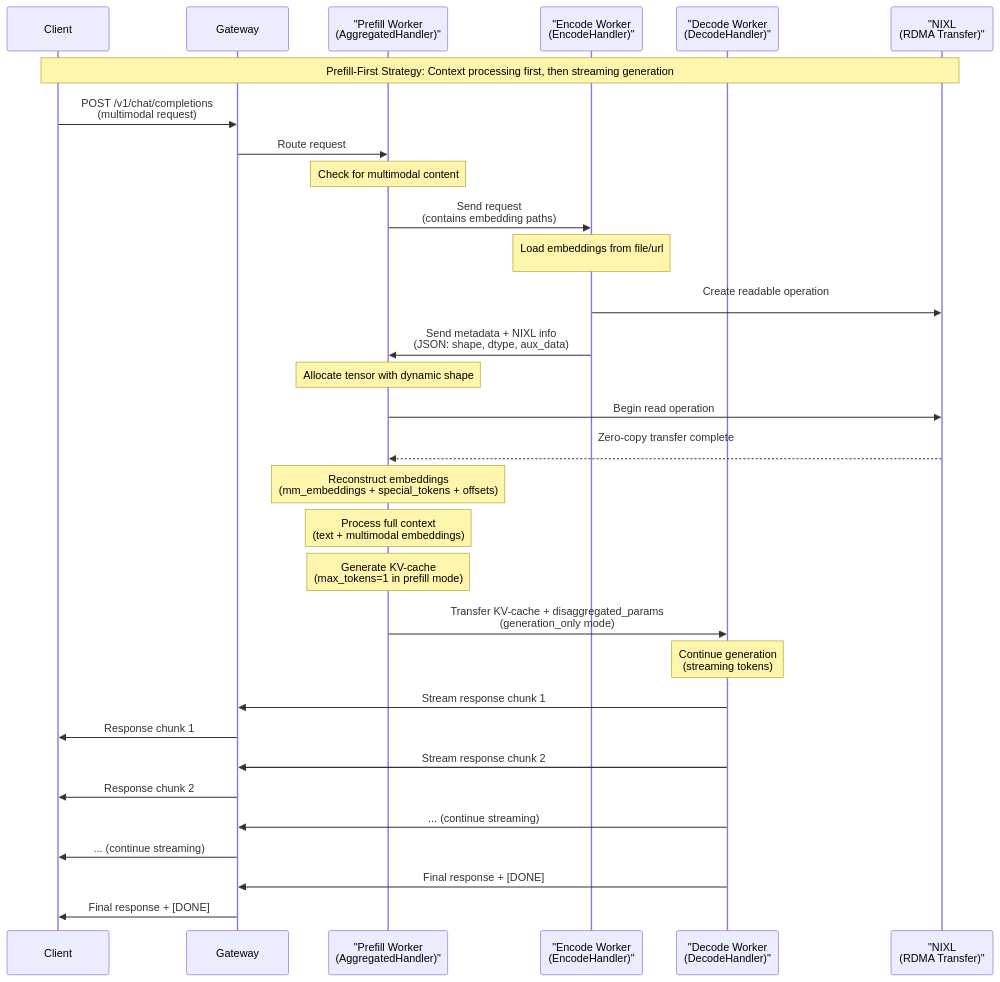
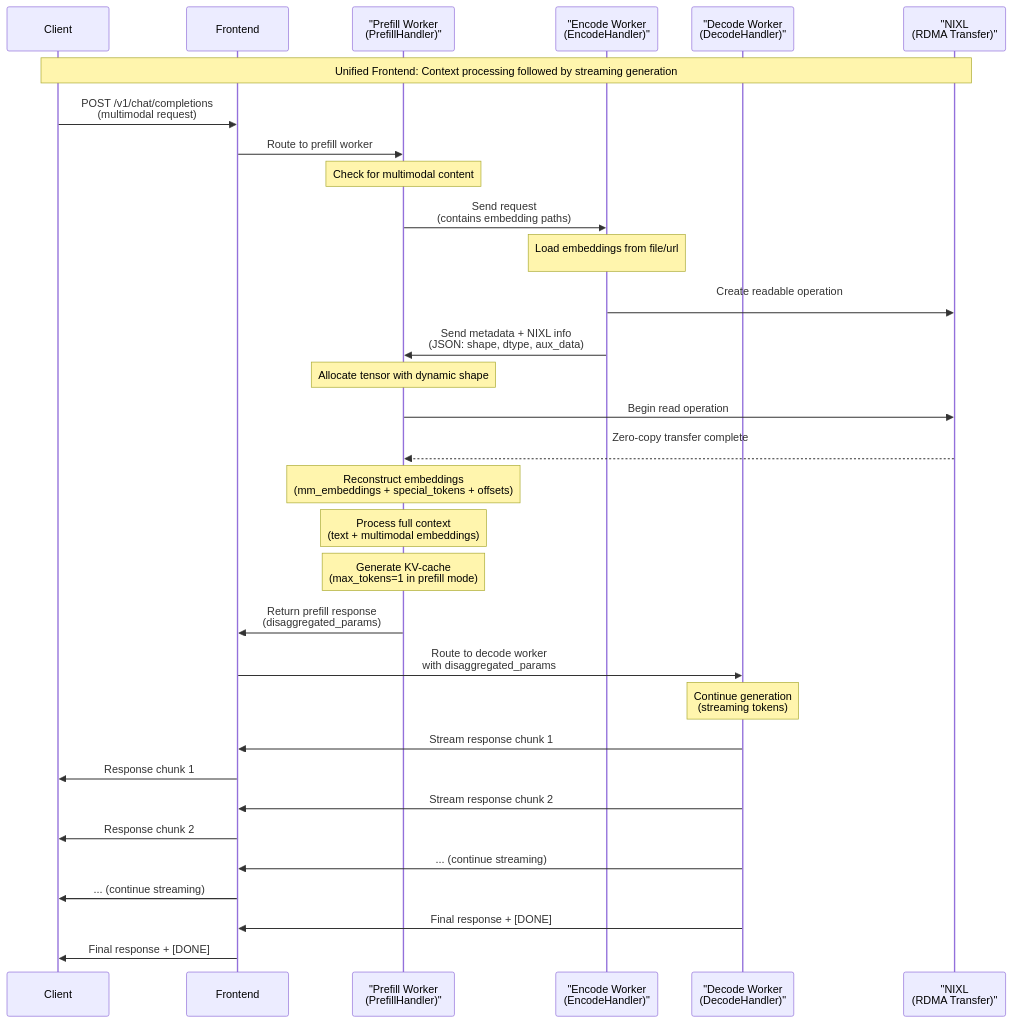
Before and after one commit to wxsms/dynamo: the diagram in docs/backends/trtllm/multimodal_epd.md, drawn with Mermaid. The commit also changed other lines of this file and 27 other files, not shown here.

Commit message:
chore: trtllm use unified frontend (#4097)

````diff
--- a/docs/backends/trtllm/multimodal_epd.md
+++ b/docs/backends/trtllm/multimodal_epd.md
@@ -64,41 +62,43 @@
 ```mermaid
 sequenceDiagram
     participant Client
-    participant Gateway
-    participant PrefillWorker as "Prefill Worker<br/>(AggregatedHandler)"
+    participant Frontend
+    participant PrefillWorker as "Prefill Worker<br/>(PrefillHandler)"
     participant EncodeWorker as "Encode Worker<br/>(EncodeHandler)"
     participant DecodeWorker as "Decode Worker<br/>(DecodeHandler)"
     participant NIXL as "NIXL<br/>(RDMA Transfer)"
 
-    Note over Client,NIXL: Prefill-First Strategy: Context processing first, then streaming generation
+    Note over Client,NIXL: Unified Frontend: Context processing followed by streaming generation
 
-    Client->>Gateway: POST /v1/chat/completions<br/>(multimodal request)
-    Gateway->>PrefillWorker: Route request
+    Client->>Frontend: POST /v1/chat/completions<br/>(multimodal request)
+    Frontend->>PrefillWorker: Route to prefill worker
 
     Note over PrefillWorker: Check for multimodal content
     PrefillWorker->>EncodeWorker: Send request<br/>(contains embedding paths)
 
     Note over EncodeWorker: Load embeddings from file/url<br/>
     EncodeWorker->>NIXL: Create readable operation<br/>
     EncodeWorker->>PrefillWorker: Send metadata + NIXL info<br/>(JSON: shape, dtype, aux_data)
 
     Note over PrefillWorker: Allocate tensor with dynamic shape
     PrefillWorker->>NIXL: Begin read operation
     NIXL-->>PrefillWorker: Zero-copy transfer complete<br/>
 
     Note over PrefillWorker: Reconstruct embeddings<br/>(mm_embeddings + special_tokens + offsets)
     Note over PrefillWorker: Process full context<br/>(text + multimodal embeddings)
     Note over PrefillWorker: Generate KV-cache<br/>(max_tokens=1 in prefill mode)
 
-    PrefillWorker->>DecodeWorker: Transfer KV-cache + disaggregated_params<br/>(generation_only mode)
+    PrefillWorker->>Frontend: Return prefill response<br/>(disaggregated_params)
+
+    Frontend->>DecodeWorker: Route to decode worker<br/>with disaggregated_params
 
     Note over DecodeWorker: Continue generation<br/>(streaming tokens)
-    DecodeWorker->>Gateway: Stream response chunk 1
-    Gateway->>Client: Response chunk 1
-    DecodeWorker->>Gateway: Stream response chunk 2
-    Gateway->>Client: Response chunk 2
-    DecodeWorker->>Gateway: ... (continue streaming)
-    Gateway->>Client: ... (continue streaming)
-    DecodeWorker->>Gateway: Final response + [DONE]
-    Gateway->>Client: Final response + [DONE]
+    DecodeWorker->>Frontend: Stream response chunk 1
+    Frontend->>Client: Response chunk 1
+    DecodeWorker->>Frontend: Stream response chunk 2
+    Frontend->>Client: Response chunk 2
+    DecodeWorker->>Frontend: ... (continue streaming)
+    Frontend->>Client: ... (continue streaming)
+    DecodeWorker->>Frontend: Final response + [DONE]
+    Frontend->>Client: Final response + [DONE]
 ```
````
